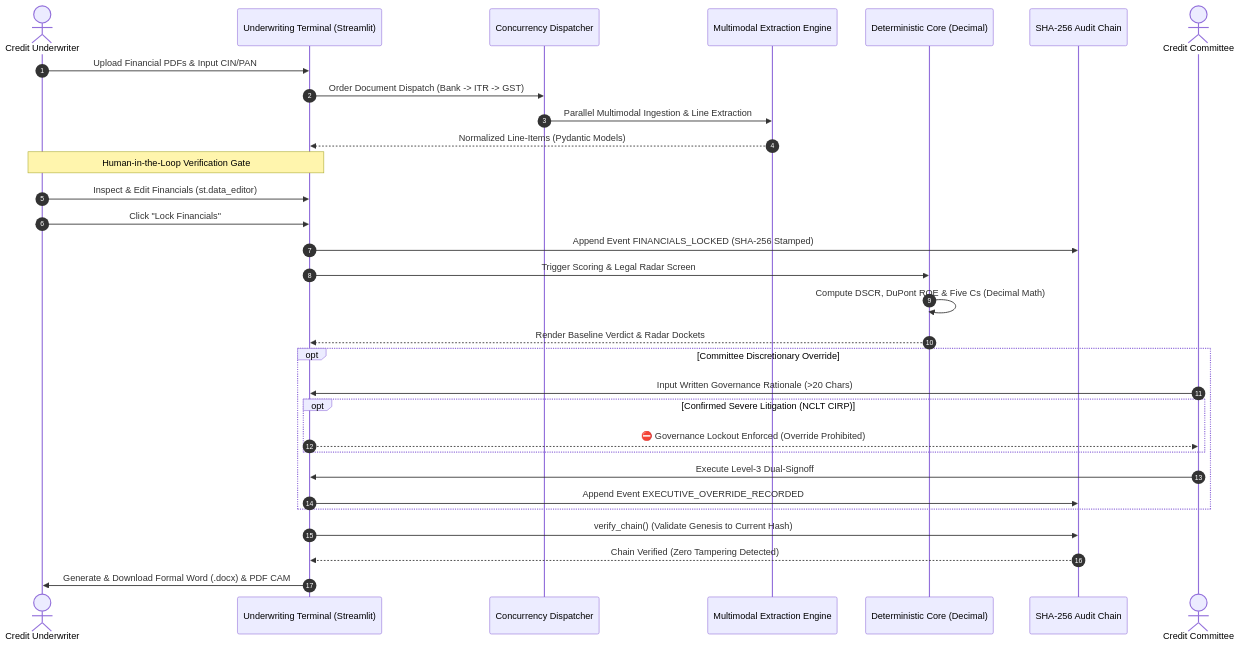
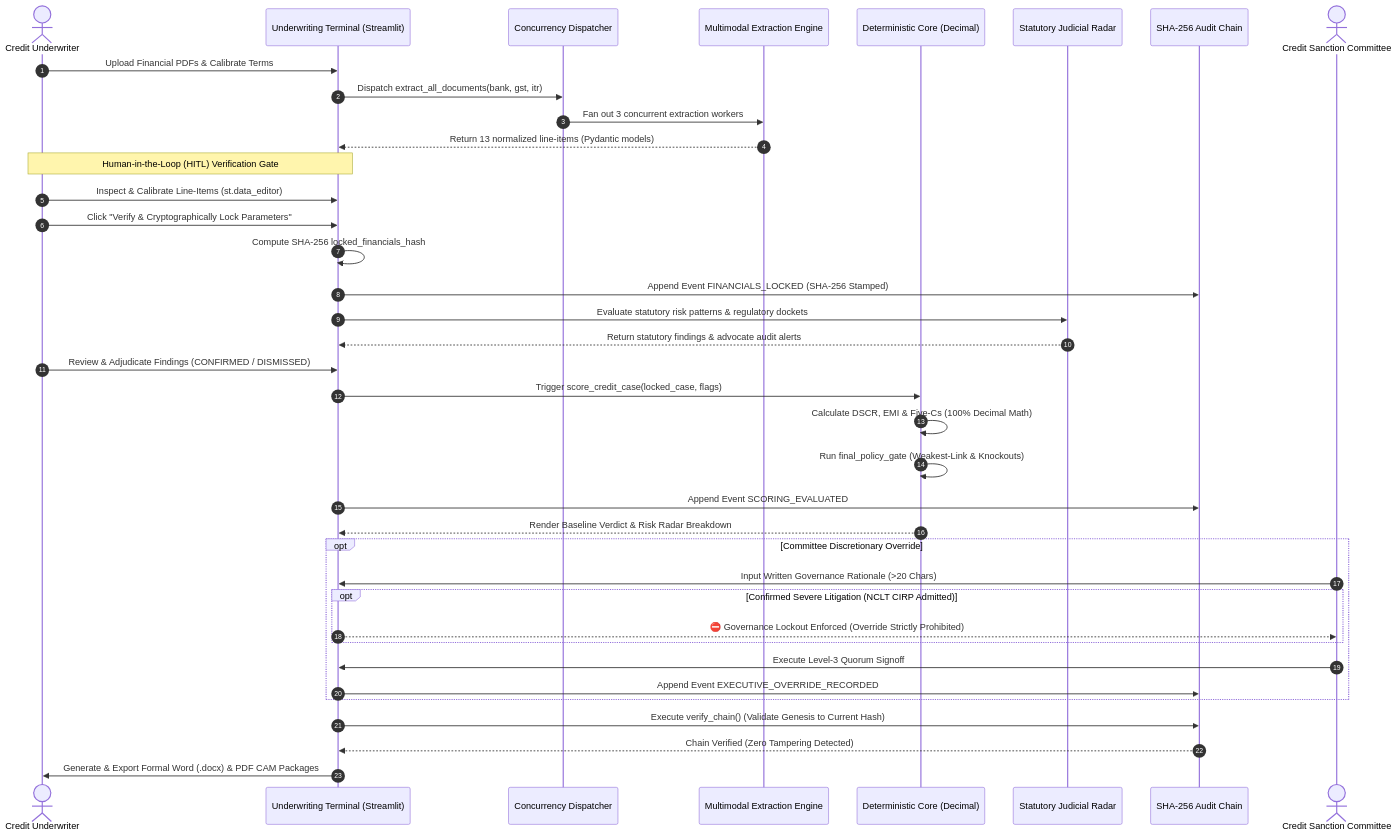
One commit to SRIVIGHNATEJA/CreditGate changed the second of 2 diagrams in README.md. Above: the diagram before and after it, drawn with Mermaid. The commit also changed other lines of this file and 1 other file, not shown here.

````diff
--- a/README.md
+++ b/README.md
@@ -136,38 +165,46 @@
 ```mermaid
 sequenceDiagram
     autonumber
     actor U as Credit Underwriter
     participant UI as Underwriting Terminal (Streamlit)
     participant DISP as Concurrency Dispatcher
     participant EXT as Multimodal Extraction Engine
     participant CORE as Deterministic Core (Decimal)
+    participant RADAR as Statutory Judicial Radar
     participant LEDGER as SHA-256 Audit Chain
-    actor CC as Credit Committee
+    actor CC as Credit Sanction Committee
 
-    U->>UI: Upload Financial PDFs & Input CIN/PAN
-    UI->>DISP: Order Document Dispatch (Bank -> ITR -> GST)
-    DISP->>EXT: Parallel Multimodal Ingestion & Line Extraction
-    EXT-->>UI: Normalized Line-Items (Pydantic Models)
+    U->>UI: Upload Financial PDFs & Calibrate Terms
+    UI->>DISP: Dispatch extract_all_documents(bank, gst, itr)
+    DISP->>EXT: Fan out 3 concurrent extraction workers
+    EXT-->>UI: Return 13 normalized line-items (Pydantic models)
 
-    Note over U,UI: Human-in-the-Loop Verification Gate
-    U->>UI: Inspect & Edit Financials (st.data_editor)
-    U->>UI: Click "Lock Financials"
+    Note over U,UI: Human-in-the-Loop (HITL) Verification Gate
+    U->>UI: Inspect & Calibrate Line-Items (st.data_editor)
+    U->>UI: Click "Verify & Cryptographically Lock Parameters"
+    UI->>UI: Compute SHA-256 locked_financials_hash
     UI->>LEDGER: Append Event FINANCIALS_LOCKED (SHA-256 Stamped)
     
-    UI->>CORE: Trigger Scoring & Legal Radar Screen
-    CORE->>CORE: Compute DSCR, DuPont ROE & Five Cs (Decimal Math)
-    CORE-->>UI: Render Baseline Verdict & Radar Dockets
+    UI->>RADAR: Evaluate statutory risk patterns & regulatory dockets
+    RADAR-->>UI: Return statutory findings & advocate audit alerts
+    U->>UI: Review & Adjudicate Findings (CONFIRMED / DISMISSED)
+    
+    UI->>CORE: Trigger score_credit_case(locked_case, flags)
+    CORE->>CORE: Calculate DSCR, EMI & Five-Cs (100% Decimal Math)
+    CORE->>CORE: Run final_policy_gate (Weakest-Link & Knockouts)
+    UI->>LEDGER: Append Event SCORING_EVALUATED
+    CORE-->>UI: Render Baseline Verdict & Risk Radar Breakdown
     
     opt Committee Discretionary Override
         CC->>UI: Input Written Governance Rationale (>20 Chars)
-        opt Confirmed Severe Litigation (NCLT CIRP)
-            UI-->>CC: ⛔ Governance Lockout Enforced (Override Prohibited)
+        opt Confirmed Severe Litigation (NCLT CIRP Admitted)
+            UI-->>CC: ⛔ Governance Lockout Enforced (Override Strictly Prohibited)
         end
-        CC->>UI: Execute Level-3 Dual-Signoff
+        CC->>UI: Execute Level-3 Quorum Signoff
         UI->>LEDGER: Append Event EXECUTIVE_OVERRIDE_RECORDED
     end
 
-    UI->>LEDGER: verify_chain() (Validate Genesis to Current Hash)
+    UI->>LEDGER: Execute verify_chain() (Validate Genesis to Current Hash)
     LEDGER-->>UI: Chain Verified (Zero Tampering Detected)
-    UI->>U: Generate & Download Formal Word (.docx) & PDF CAM
+    UI->>U: Generate & Export Formal Word (.docx) & PDF CAM Packages
 ```
````
